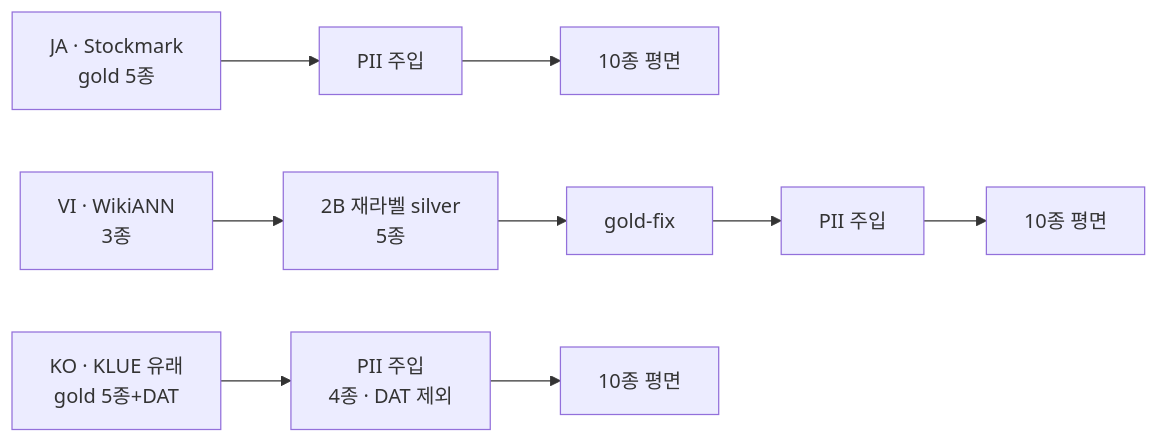
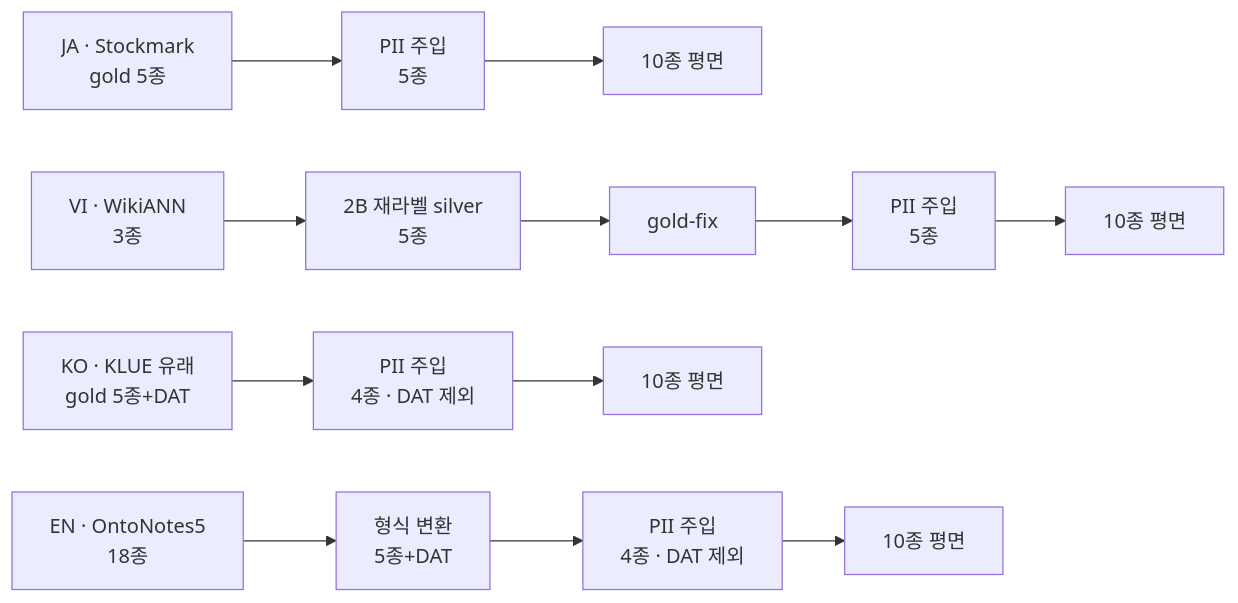
One commit to groovallstar/ner-pipeline-public changed the first of 2 diagrams in docs/manual/pipeline/2-augmentation.md. Above: the diagram before and after it, drawn with Mermaid. The commit also changed other lines of this file and 16 other files, not shown here.

````diff
--- a/docs/manual/pipeline/2-augmentation.md
+++ b/docs/manual/pipeline/2-augmentation.md
@@ -11,6 +13,7 @@
 ```mermaid
 flowchart LR
-    JA["JA · Stockmark<br/>gold 5종"] --> JP["PII 주입"] --> J10["10종 평면"]
-    VI["VI · WikiANN<br/>3종"] --> VR["2B 재라벨 silver<br/>5종"] --> VG["gold-fix"] --> VP["PII 주입"] --> V10["10종 평면"]
+    JA["JA · Stockmark<br/>gold 5종"] --> JP["PII 주입<br/>5종"] --> J10["10종 평면"]
+    VI["VI · WikiANN<br/>3종"] --> VR["2B 재라벨 silver<br/>5종"] --> VG["gold-fix"] --> VP["PII 주입<br/>5종"] --> V10["10종 평면"]
     KO["KO · KLUE 유래<br/>gold 5종+DAT"] --> KP["PII 주입<br/>4종 · DAT 제외"] --> K10["10종 평면"]
+    EN["EN · OntoNotes5<br/>18종"] --> EC["형식 변환<br/>5종+DAT"] --> EP["PII 주입<br/>4종 · DAT 제외"] --> E10["10종 평면"]
 ```
````
